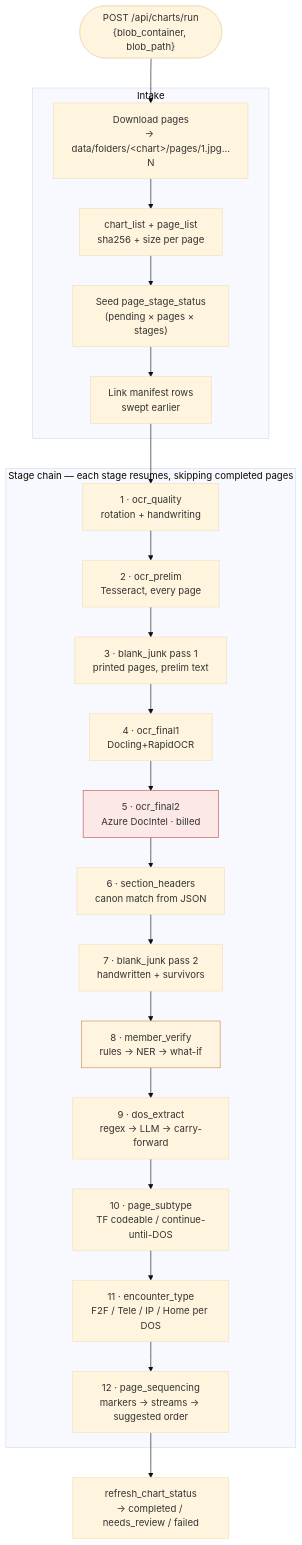
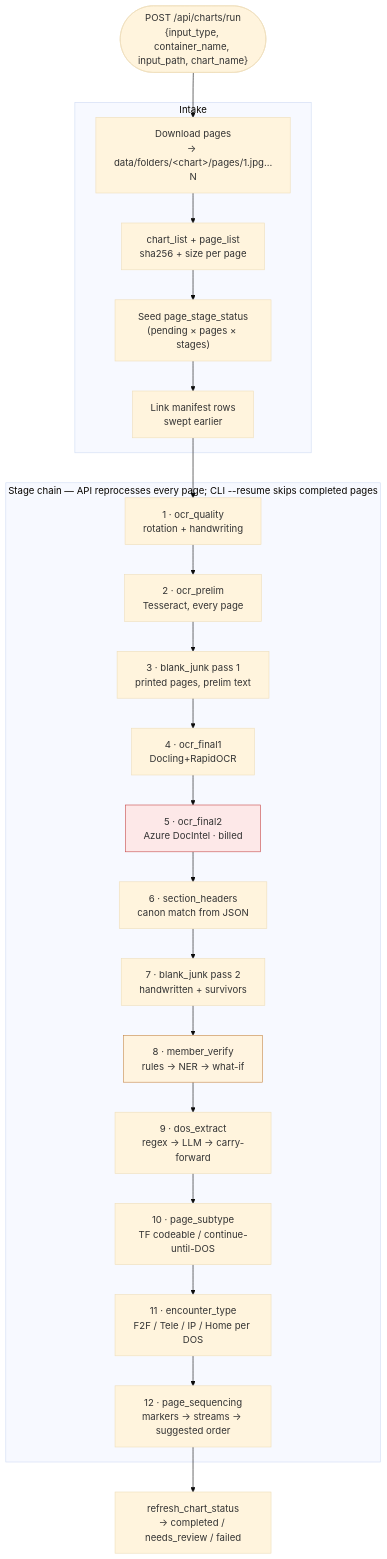
Before and after one commit to abhinavdg-ever/model-repo: the second of 7 diagrams in docs/FLOW.md, drawn with Mermaid (base theme). The commit also changed other lines of this file and 14 other files, not shown here.

First line of the commit message:
Simplify chart run requests and keep model paths relative to core-pipeline.

````diff
--- a/docs/FLOW.md
+++ b/docs/FLOW.md
@@ -47,34 +47,34 @@
 ```mermaid
 flowchart TD
-  START(["POST /api/charts/run<br/>{blob_container, blob_path}"]) --> DL
+  START(["POST /api/charts/run<br/>{input_type, container_name, input_path, chart_name}"]) --> DL
 
   subgraph INTAKE["Intake"]
     DL["Download pages<br/>→ data/folders/&lt;chart&gt;/pages/1.jpg…N"]
     DL --> REG["chart_list + page_list<br/>sha256 + size per page"]
     REG --> SEED["Seed page_stage_status<br/>(pending × pages × stages)"]
     SEED --> LINK["Link manifest rows<br/>swept earlier"]
   end
 
   LINK --> S1
 
-  subgraph CHAIN["Stage chain — each stage resumes, skipping completed pages"]
+  subgraph CHAIN["Stage chain — API reprocesses every page; CLI --resume skips completed pages"]
     S1["1 · ocr_quality<br/>rotation + handwriting"]
     S2["2 · ocr_prelim<br/>Tesseract, every page"]
     S3["3 · blank_junk pass 1<br/>printed pages, prelim text"]
     S4["4 · ocr_final1<br/>Docling+RapidOCR"]
     S5["5 · ocr_final2<br/>Azure DocIntel · billed"]
     S5b["6 · section_headers<br/>canon match from JSON"]
     S6["7 · blank_junk pass 2<br/>handwritten + survivors"]
     S7["8 · member_verify<br/>rules → NER → what-if"]
     S8["9 · dos_extract<br/>regex → LLM → carry-forward"]
     S9["10 · page_subtype<br/>TF codeable / continue-until-DOS"]
     S10["11 · encounter_type<br/>F2F / Tele / IP / Home per DOS"]
     S11["12 · page_sequencing<br/>markers → streams → suggested order"]
     S1 --> S2 --> S3 --> S4 --> S5 --> S5b --> S6 --> S7 --> S8 --> S9 --> S10 --> S11
   end
 
   S11 --> DONE["refresh_chart_status<br/>→ completed / needs_review / failed"]
 
   style S5 fill:#fde8e8,stroke:#c74a4a
   style S7 fill:#fff4e0,stroke:#c78a4a
 ```
````
